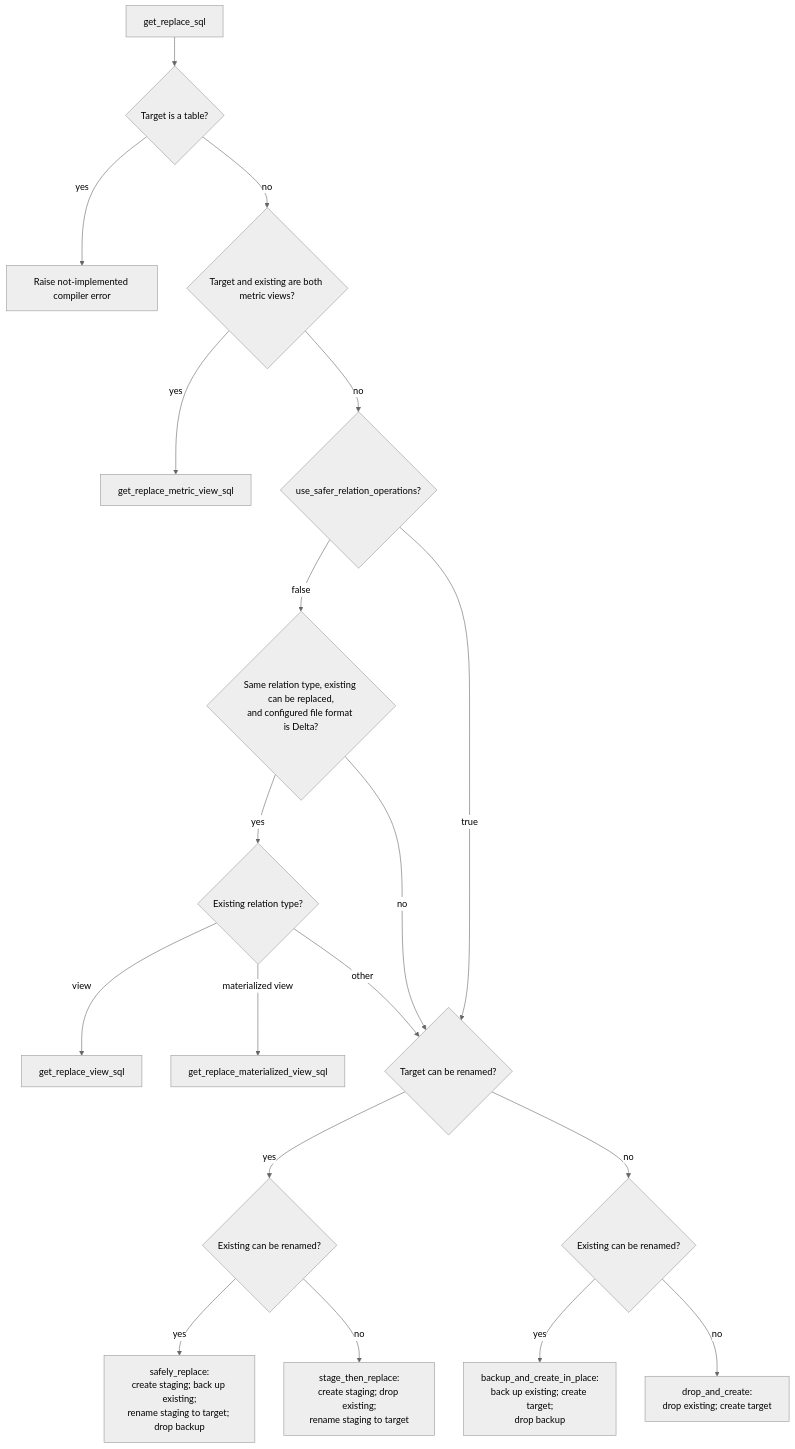
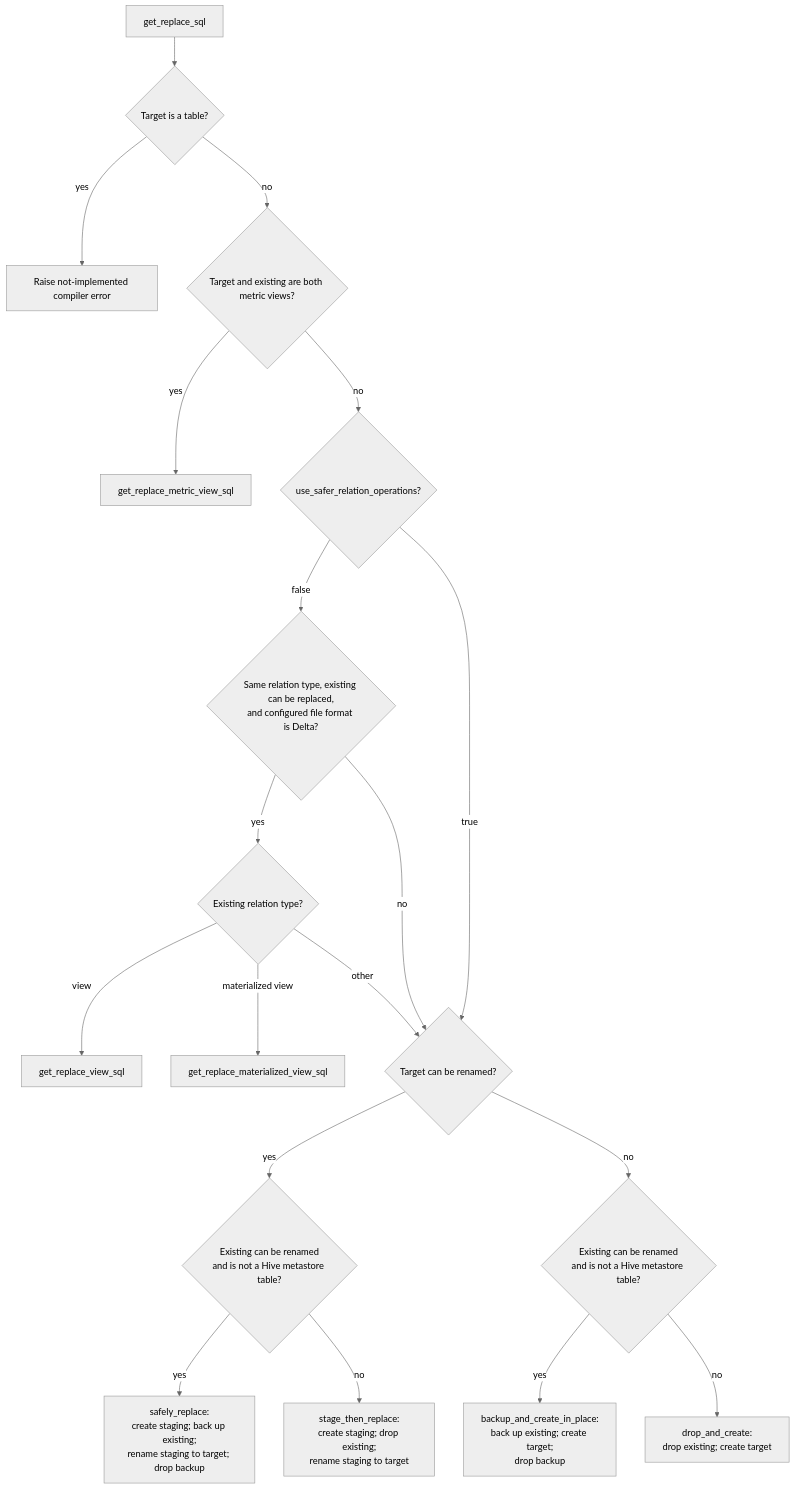
Before and after one commit to databricks/dbt-databricks: the diagram in docs/flow/replace_flow.md, drawn with Mermaid (neutral theme). The commit also changed other lines of this file and 5 other files, not shown here.

First line of the commit message:
fix: replace a Hive metastore table with a view without renaming the table (#1701)

````diff
--- a/docs/flow/replace_flow.md
+++ b/docs/flow/replace_flow.md
@@ -15,23 +16,23 @@
 ```mermaid
 flowchart TD
     START[get_replace_sql] --> TABLE{Target is a table?}
     TABLE -- yes --> ERROR[Raise not-implemented compiler error]
     TABLE -- no --> METRIC{Target and existing are both metric views?}
     METRIC -- yes --> METRICSQL[get_replace_metric_view_sql]
     METRIC -- no --> SAFE{use_safer_relation_operations?}
 
     SAFE -- false --> DIRECT{"Same relation type, existing can be replaced,\nand configured file format is Delta?"}
     DIRECT -- yes --> TYPE{Existing relation type?}
     TYPE -- view --> VIEWSQL[get_replace_view_sql]
     TYPE -- "materialized view" --> MVSQL[get_replace_materialized_view_sql]
     DIRECT -- no --> TARGETRENAME{Target can be renamed?}
     TYPE -- other --> TARGETRENAME
     SAFE -- true --> TARGETRENAME
 
-    TARGETRENAME -- yes --> EXISTRENAME1{Existing can be renamed?}
-    TARGETRENAME -- no --> EXISTRENAME2{Existing can be renamed?}
+    TARGETRENAME -- yes --> EXISTRENAME1{"Existing can be renamed\nand is not a Hive metastore table?"}
+    TARGETRENAME -- no --> EXISTRENAME2{"Existing can be renamed\nand is not a Hive metastore table?"}
     EXISTRENAME1 -- yes --> SAFELY["safely_replace:<br/>create staging; back up existing;<br/>rename staging to target; drop backup"]
     EXISTRENAME1 -- no --> STAGE["stage_then_replace:<br/>create staging; drop existing;<br/>rename staging to target"]
     EXISTRENAME2 -- yes --> BACKUP["backup_and_create_in_place:<br/>back up existing; create target;<br/>drop backup"]
     EXISTRENAME2 -- no --> DROP["drop_and_create:<br/>drop existing; create target"]
 ```
````
